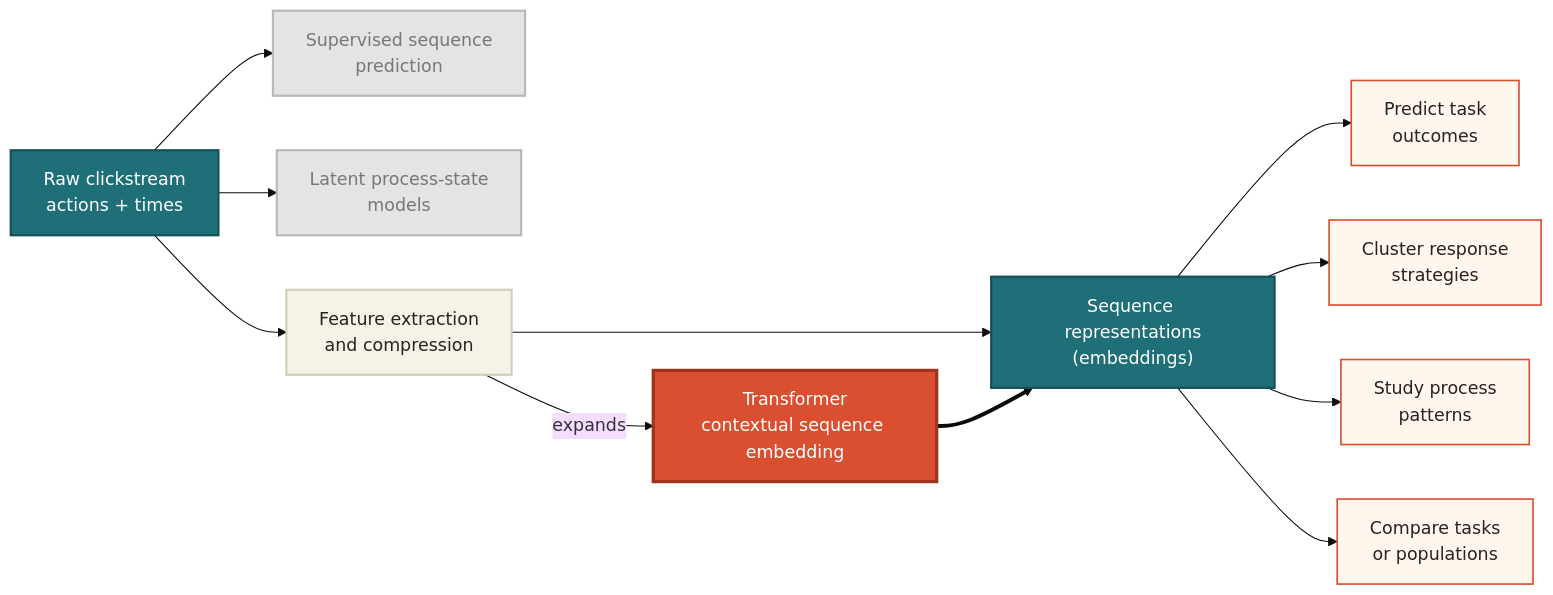
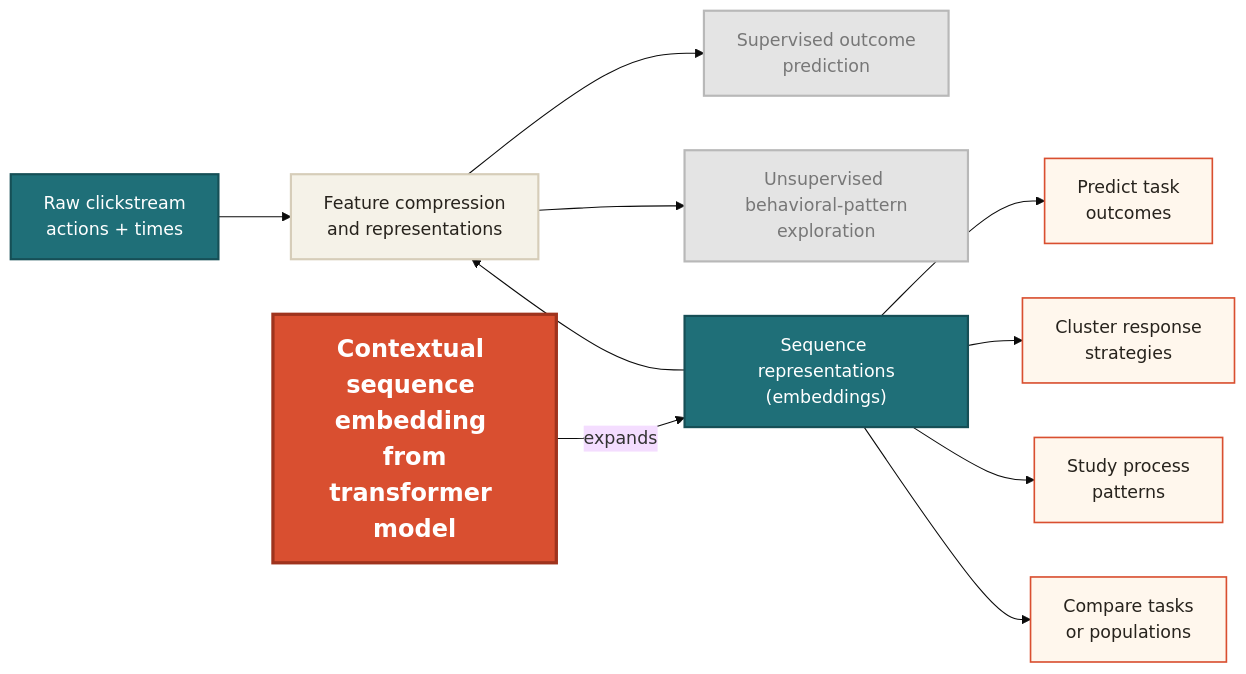
Before and after one commit to ruitingshen81/IMPS26Talk: the third of 3 diagrams in pages/01-intro.md, drawn with Mermaid (base theme). The commit also changed other lines of this file, not shown here.

````diff
--- a/pages/01-intro.md
+++ b/pages/01-intro.md
@@ -121,40 +119,41 @@
 ```mermaid {theme: 'neutral', scale: 0.72}
 flowchart LR
   Raw["Raw clickstream<br/>actions + times"]
 
-  Sup["Supervised sequence<br/>prediction"]
-  Lat["Latent process-state<br/>models"]
-  Feat["Feature extraction<br/>and compression"]
-  Trans["Transformer<br/>contextual sequence embedding"]
+  Sup["Supervised outcome<br/>prediction"]
+  Unsup["Unsupervised behavioral-pattern<br/>exploration"]
+  Feat["Feature compression<br/>and representations"]
+  Trans["Contextual sequence embedding <br/> from transformer model"]
 
   Rep["Sequence representations<br/>(embeddings)"]
 
   U1["Predict task<br/>outcomes"]
   U2["Cluster response<br/>strategies"]
   U3["Study process<br/>patterns"]
   U4["Compare tasks<br/>or populations"]
 
-  Raw --> Sup
-  Raw --> Lat
   Raw --> Feat
-  Feat -- "expands" --> Trans
-  Feat --> Rep
-  Trans ==> Rep
+  Feat --> Sup
+  Feat --> Unsup
+  Trans -- "expands" --> Rep
+
+  Feat ~~~ Rep
+  Rep --> Feat
   Rep --> U1
   Rep --> U2
   Rep --> U3
   Rep --> U4
 
   classDef raw fill:#1f6f78,color:#fff,stroke:#164f56,stroke-width:2px;
   classDef grey fill:#e4e4e4,color:#777,stroke:#b8b8b8,stroke-width:2px;
   classDef feature fill:#f5f2e8,color:#27231d,stroke:#d6cdb9,stroke-width:2px;
-  classDef transformer fill:#d94f30,color:#fff,stroke:#9f331d,stroke-width:3px;
+  classDef transformer fill:#d94f30,color:#fff,stroke:#9f331d,stroke-width:3px,font-size:22px,font-weight:700;
   classDef rep fill:#1f6f78,color:#fff,stroke:#164f56,stroke-width:2px;
   classDef use fill:#fff7ed,color:#27231d,stroke:#d94f30,stroke-width:1.5px;
   class Raw raw;
-  class Sup,Lat grey;
+  class Sup,Unsup grey;
   class Feat feature;
   class Trans transformer;
   class Rep rep;
   class U1,U2,U3,U4 use;
 ```
````
